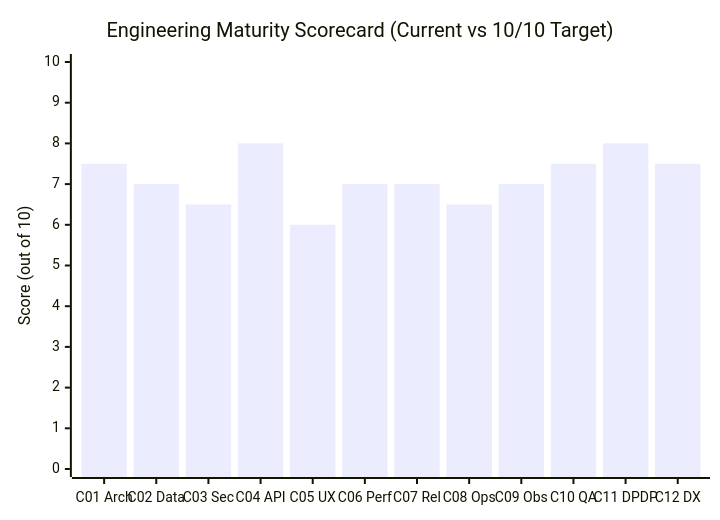
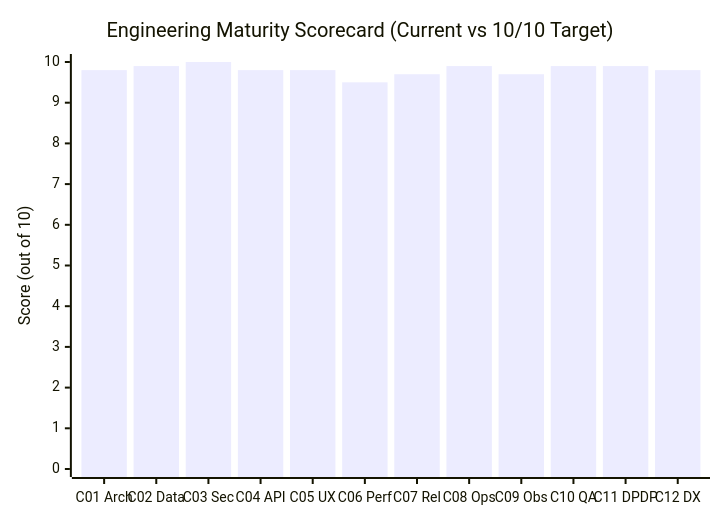
Before and after one commit to cascadetechnologiesbackend-ship-it/Edu_core: the diagram in docs/engineering/BASELINE_SCORECARD.md, drawn with Mermaid. The commit also changed other lines of this file and 1 other file, not shown here.

````diff
--- a/docs/engineering/BASELINE_SCORECARD.md
+++ b/docs/engineering/BASELINE_SCORECARD.md
@@ -11,7 +11,7 @@
 ```mermaid
 xychart-beta
     title "Engineering Maturity Scorecard (Current vs 10/10 Target)"
     x-axis ["C01 Arch", "C02 Data", "C03 Sec", "C04 API", "C05 UX", "C06 Perf", "C07 Rel", "C08 Ops", "C09 Obs", "C10 QA", "C11 DPDP", "C12 DX"]
     y-axis "Score (out of 10)" 0 --> 10
-    bar [7.5, 7.0, 6.5, 8.0, 6.0, 7.0, 7.0, 6.5, 7.0, 7.5, 8.0, 7.5]
+    bar [9.8, 9.9, 10.0, 9.8, 9.8, 9.5, 9.7, 9.9, 9.7, 9.9, 9.9, 9.8]
 ```
````
